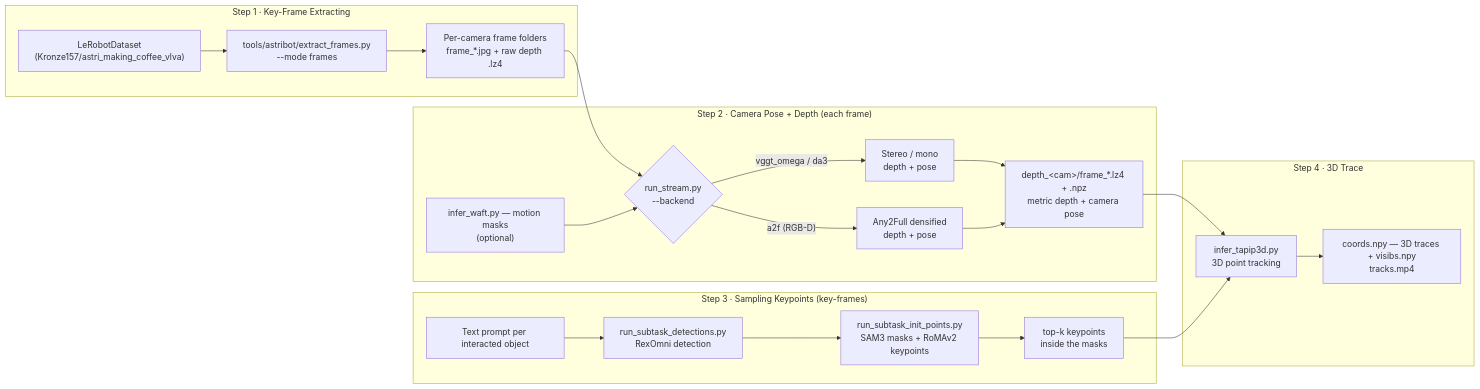
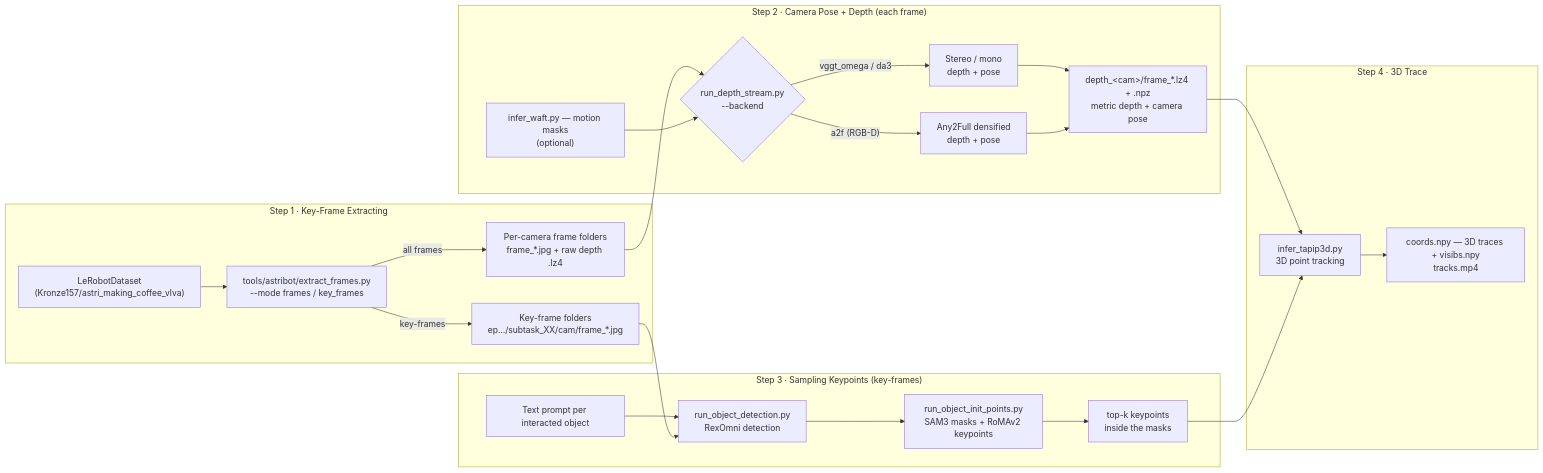
The diagram in docs/general_test/general_test.md (Chuong98CC/TraceEngine), drawn with Mermaid before and after one commit. The commit also changed other lines of this file and 45 other files, not shown here.

````diff
--- a/docs/general_test/general_test.md
+++ b/docs/general_test/general_test.md
@@ -31,28 +31,30 @@
 ```mermaid
 flowchart LR
     subgraph Step1["Step 1 · Key-Frame Extracting"]
-        DS["LeRobotDataset<br/>(Kronze157/astri_making_coffee_vlva)"] --> EF["tools/astribot/extract_frames.py<br/>--mode frames"]
-        EF --> FR["Per-camera frame folders<br/>frame_*.jpg + raw depth .lz4"]
+        DS["LeRobotDataset<br/>(Kronze157/astri_making_coffee_vlva)"] --> EF["tools/astribot/extract_frames.py<br/>--mode frames / key_frames"]
+        EF -->|"all frames"| FR["Per-camera frame folders<br/>frame_*.jpg + raw depth .lz4"]
+        EF -->|"key-frames"| KF["Key-frame folders<br/>ep…/subtask_XX/cam/frame_*.jpg"]
     end
 
     subgraph Step2["Step 2 · Camera Pose + Depth (each frame)"]
-        FR --> RS{"run_stream.py<br/>--backend"}
+        FR --> RS{"run_depth_stream.py<br/>--backend"}
         WF["infer_waft.py — motion masks<br/>(optional)"] --> RS
         RS -->|"vggt_omega / da3"| ST["Stereo / mono<br/>depth + pose"]
         RS -->|"a2f (RGB-D)"| A2F["Any2Full densified<br/>depth + pose"]
         ST --> OUT["depth_&lt;cam&gt;/frame_*.lz4 + .npz<br/>metric depth + camera pose"]
         A2F --> OUT
     end
 
     subgraph Step3["Step 3 · Sampling Keypoints (key-frames)"]
-        TX["Text prompt per interacted object"] --> RX["run_subtask_detections.py<br/>RexOmni detection"]
-        RX --> SM["run_subtask_init_points.py<br/>SAM3 masks + RoMAv2 keypoints"]
+        TX["Text prompt per interacted object"] --> RX["run_object_detection.py<br/>RexOmni detection"]
+        KF --> RX
+        RX --> SM["run_object_init_points.py<br/>SAM3 masks + RoMAv2 keypoints"]
         SM --> TK["top-k keypoints<br/>inside the masks"]
     end
 
     subgraph Step4["Step 4 · 3D Trace"]
         OUT --> TP["infer_tapip3d.py<br/>3D point tracking"]
         TK --> TP
         TP --> TR["coords.npy — 3D traces + visibs.npy<br/>tracks.mp4"]
     end
 ```
````
